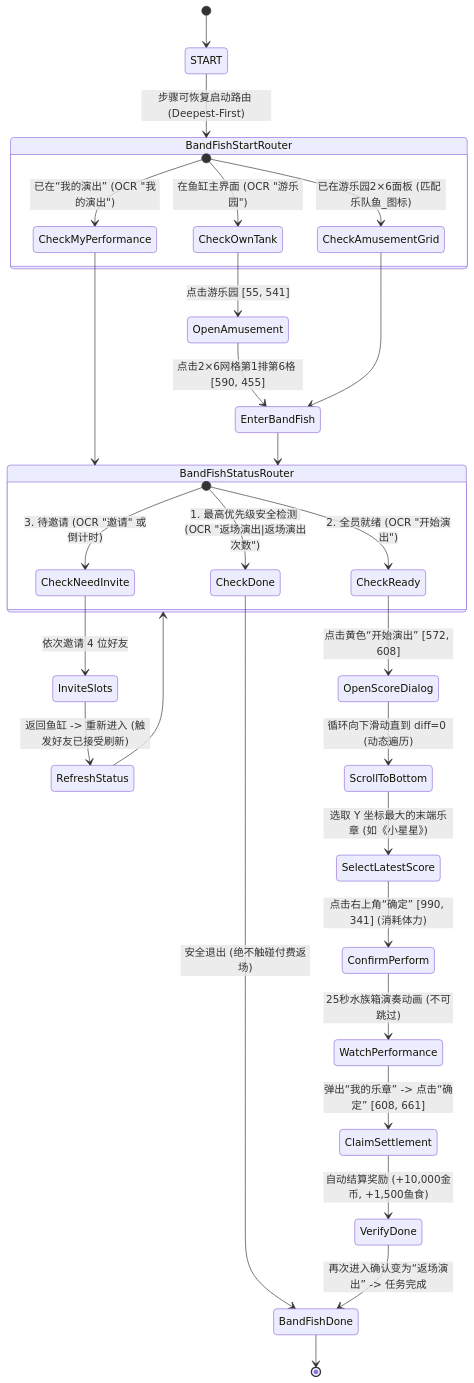
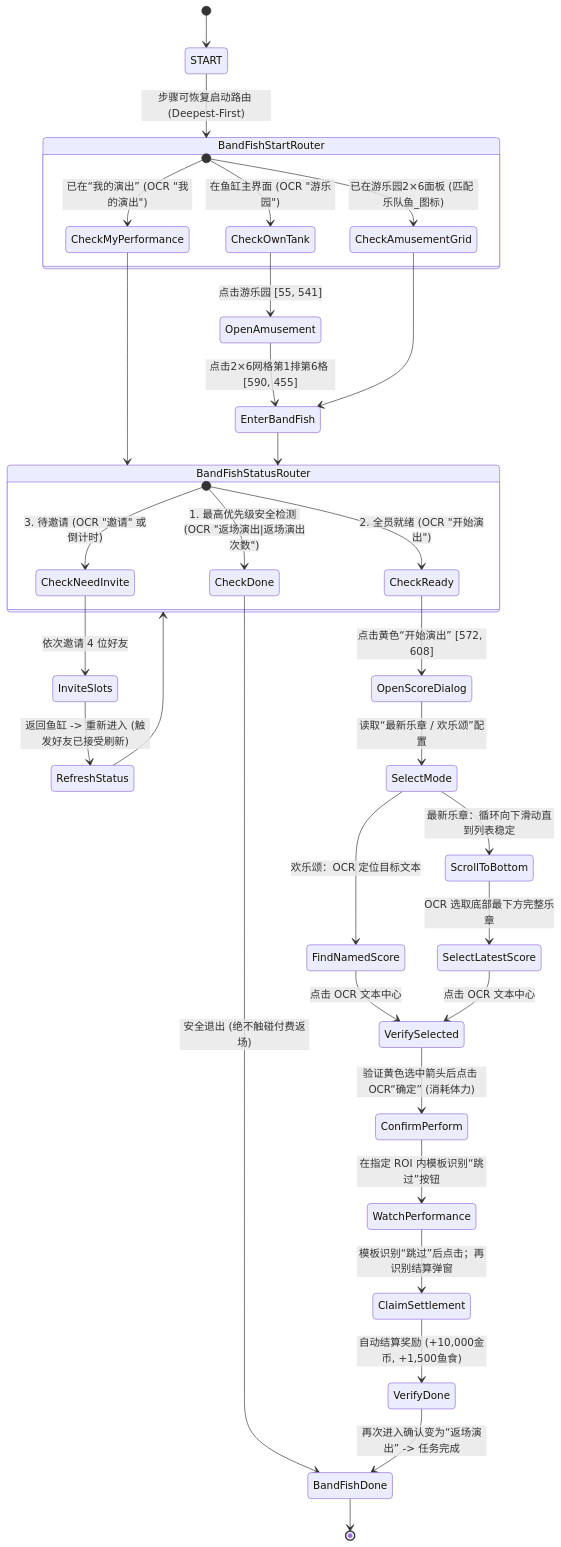
Before and after one commit to zhimaheiye/MaaHappyFish: the diagram in docs/features/band-fish.md, drawn with Mermaid. The commit also changed other lines of this file and 77 other files, not shown here.

````diff
--- a/docs/features/band-fish.md
+++ b/docs/features/band-fish.md
@@ -38,39 +38,43 @@
 ```mermaid
 stateDiagram-v2
     [*] --> START
     START --> BandFishStartRouter : 步骤可恢复启动路由 (Deepest-First)
     
     state BandFishStartRouter {
         [*] --> CheckMyPerformance : 已在“我的演出” (OCR "我的演出")
         [*] --> CheckAmusementGrid : 已在游乐园2×6面板 (匹配 乐队鱼_图标)
         [*] --> CheckOwnTank : 在鱼缸主界面 (OCR "游乐园")
     }
 
     CheckOwnTank --> OpenAmusement : 点击游乐园 [55, 541]
     OpenAmusement --> EnterBandFish : 点击2×6网格第1排第6格 [590, 455]
     CheckAmusementGrid --> EnterBandFish
     CheckMyPerformance --> BandFishStatusRouter
     EnterBandFish --> BandFishStatusRouter
 
     state BandFishStatusRouter {
         [*] --> CheckDone : 1. 最高优先级安全检测 (OCR "返场演出|返场演出次数")
         [*] --> CheckReady : 2. 全员就绪 (OCR "开始演出")
         [*] --> CheckNeedInvite : 3. 待邀请 (OCR "邀请" 或倒计时)
     }
 
     CheckDone --> BandFishDone : 安全退出 (绝不触碰付费返场)
     
     CheckNeedInvite --> InviteSlots : 依次邀请 4 位好友
     InviteSlots --> RefreshStatus : 返回鱼缸 -> 重新进入 (触发好友已接受刷新)
     RefreshStatus --> BandFishStatusRouter
 
     CheckReady --> OpenScoreDialog : 点击黄色“开始演出” [572, 608]
-    OpenScoreDialog --> ScrollToBottom : 循环向下滑动直到 diff=0 (动态遍历)
-    ScrollToBottom --> SelectLatestScore : 选取 Y 坐标最大的末端乐章 (如《小星星》)
-    SelectLatestScore --> ConfirmPerform : 点击右上角“确定” [990, 341] (消耗体力)
-    ConfirmPerform --> WatchPerformance : 25秒水族箱演奏动画 (不可跳过)
-    WatchPerformance --> ClaimSettlement : 弹出“我的乐章” -> 点击“确定” [608, 661]
+    OpenScoreDialog --> SelectMode : 读取“最新乐章 / 欢乐颂”配置
+    SelectMode --> ScrollToBottom : 最新乐章：循环向下滑动直到列表稳定
+    SelectMode --> FindNamedScore : 欢乐颂：OCR 定位目标文本
+    ScrollToBottom --> SelectLatestScore : OCR 选取底部最下方完整乐章
+    FindNamedScore --> VerifySelected : 点击 OCR 文本中心
+    SelectLatestScore --> VerifySelected : 点击 OCR 文本中心
+    VerifySelected --> ConfirmPerform : 验证黄色选中箭头后点击 OCR“确定” (消耗体力)
+    ConfirmPerform --> WatchPerformance : 在指定 ROI 内模板识别“跳过”按钮
+    WatchPerformance --> ClaimSettlement : 模板识别“跳过”后点击；再识别结算弹窗
     ClaimSettlement --> VerifyDone : 自动结算奖励 (+10,000金币, +1,500鱼食)
     VerifyDone --> BandFishDone : 再次进入确认变为“返场演出” -> 任务完成
     BandFishDone --> [*]
 ```
````
